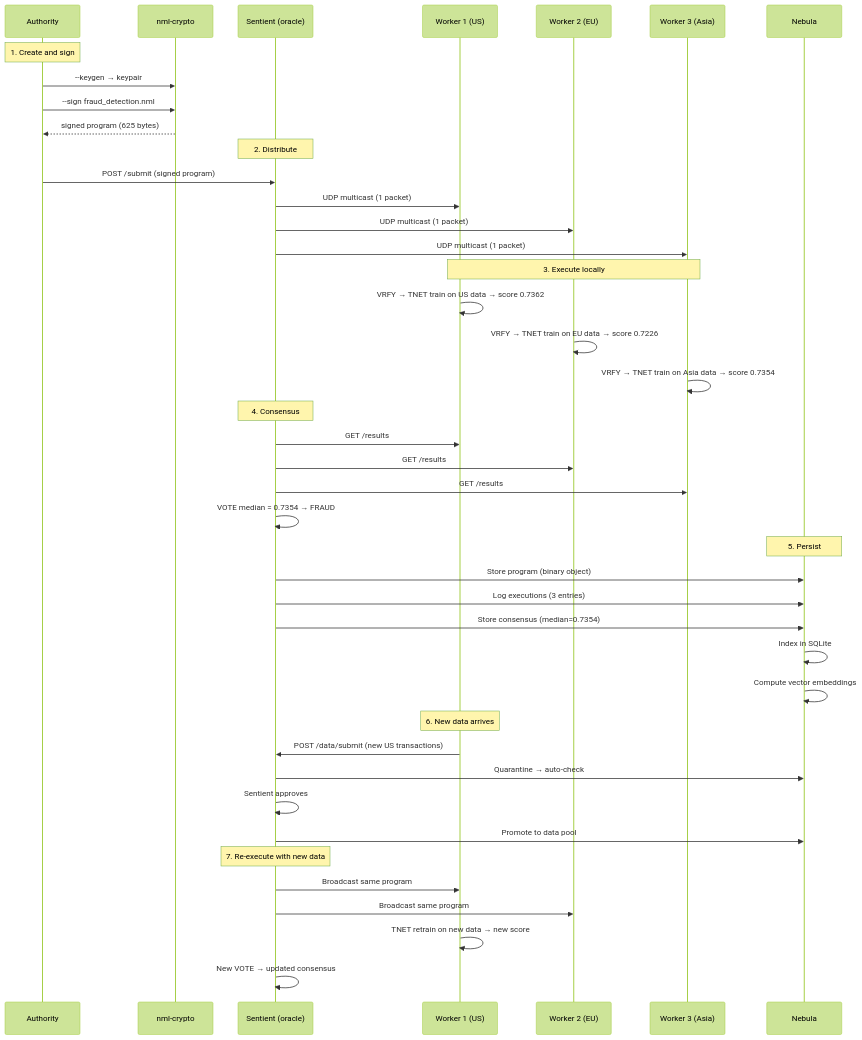
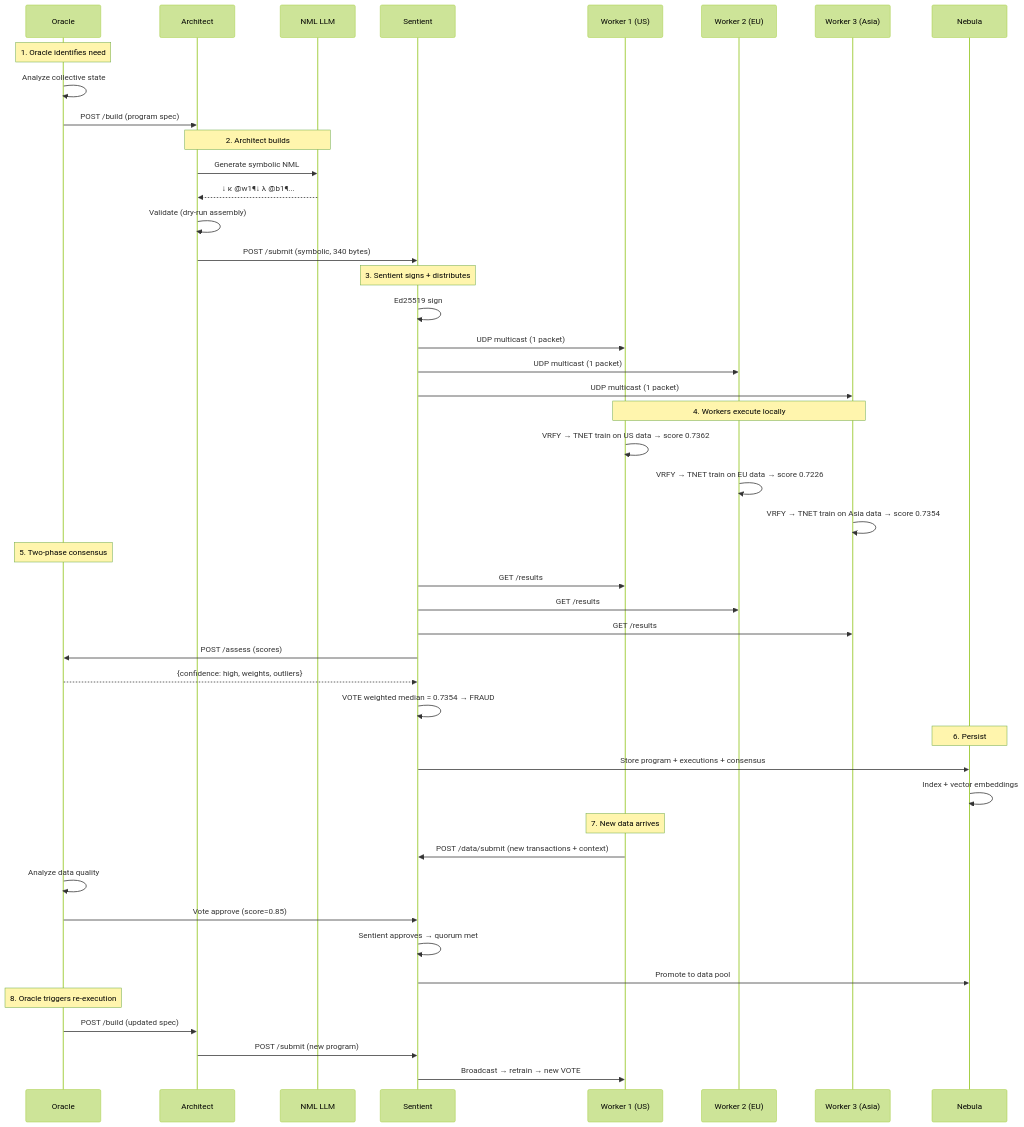
The fifth of 5 diagrams in docs/SYSTEM_ARCHITECTURE.md (dnamaz/nml-collective), drawn with Mermaid (forest theme) before and after one commit. The commit also changed other lines of this file and 15 other files, not shown here.

First line of the commit message:
Add Oracle and Architect roles, two-phase VOTE, rich data context, interactive dashboard

````diff
--- a/docs/SYSTEM_ARCHITECTURE.md
+++ b/docs/SYSTEM_ARCHITECTURE.md
@@ -175,51 +183,56 @@
 ```mermaid
 sequenceDiagram
-    participant Auth as Authority
-    participant NML as nml-crypto
-    participant S as Sentient (oracle)
+    participant O as Oracle
+    participant A as Architect
+    participant LLM as NML LLM
+    participant S as Sentient
     participant W1 as Worker 1 (US)
     participant W2 as Worker 2 (EU)
     participant W3 as Worker 3 (Asia)
     participant N as Nebula
 
-    Note over Auth: 1. Create and sign
-    Auth->>NML: --keygen → keypair
-    Auth->>NML: --sign fraud_detection.nml
-    NML-->>Auth: signed program (625 bytes)
+    Note over O: 1. Oracle identifies need
+    O->>O: Analyze collective state
+    O->>A: POST /build (program spec)
 
-    Note over S: 2. Distribute
-    Auth->>S: POST /submit (signed program)
+    Note over A,LLM: 2. Architect builds
+    A->>LLM: Generate symbolic NML
+    LLM-->>A: ↓ κ @w1¶↓ λ @b1¶...
+    A->>A: Validate (dry-run assembly)
+    A->>S: POST /submit (symbolic, 340 bytes)
+
+    Note over S: 3. Sentient signs + distributes
+    S->>S: Ed25519 sign
     S->>W1: UDP multicast (1 packet)
     S->>W2: UDP multicast (1 packet)
     S->>W3: UDP multicast (1 packet)
 
-    Note over W1,W3: 3. Execute locally
+    Note over W1,W3: 4. Workers execute locally
     W1->>W1: VRFY → TNET train on US data → score 0.7362
     W2->>W2: VRFY → TNET train on EU data → score 0.7226
     W3->>W3: VRFY → TNET train on Asia data → score 0.7354
 
-    Note over S: 4. Consensus
+    Note over O: 5. Two-phase consensus
     S->>W1: GET /results
     S->>W2: GET /results
     S->>W3: GET /results
-    S->>S: VOTE median = 0.7354 → FRAUD
+    S->>O: POST /assess (scores)
+    O-->>S: {confidence: high, weights, outliers}
+    S->>S: VOTE weighted median = 0.7354 → FRAUD
 
-    Note over N: 5. Persist
-    S->>N: Store program (binary object)
-    S->>N: Log executions (3 entries)
-    S->>N: Store consensus (median=0.7354)
-    N->>N: Index in SQLite
-    N->>N: Compute vector embeddings
+    Note over N: 6. Persist
+    S->>N: Store program + executions + consensus
+    N->>N: Index + vector embeddings
 
-    Note over W1: 6. New data arrives
-    W1->>S: POST /data/submit (new US transactions)
-    S->>N: Quarantine → auto-check
-    S->>S: Sentient approves
+    Note over W1: 7. New data arrives
+    W1->>S: POST /data/submit (new transactions + context)
+    O->>O: Analyze data quality
+    O->>S: Vote approve (score=0.85)
+    S->>S: Sentient approves → quorum met
     S->>N: Promote to data pool
 
-    Note over S: 7. Re-execute with new data
-    S->>W1: Broadcast same program
-    S->>W2: Broadcast same program
-    W1->>W1: TNET retrain on new data → new score
-    S->>S: New VOTE → updated consensus
+    Note over O: 8. Oracle triggers re-execution
+    O->>A: POST /build (updated spec)
+    A->>S: POST /submit (new program)
+    S->>W1: Broadcast → retrain → new VOTE
 ```
````
